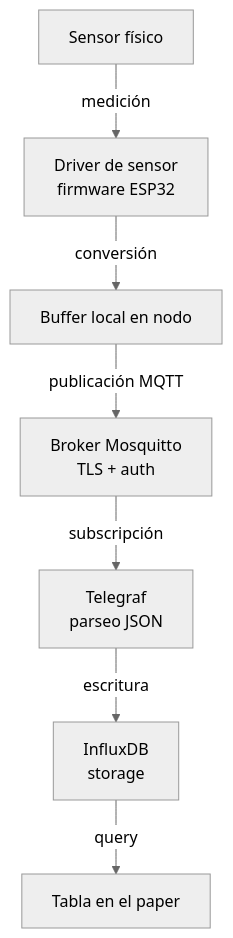
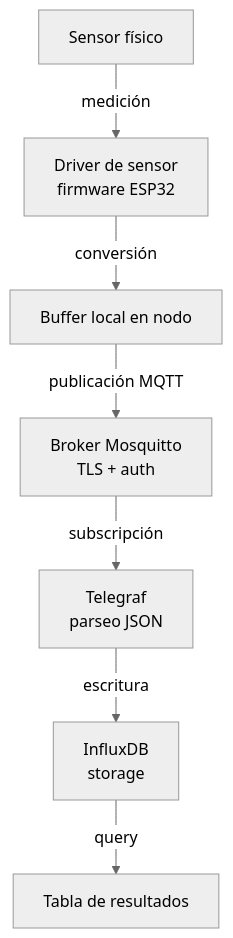
The diagram in content/investigacion/trazabilidad.md (KrappRamiro/FAK-docs), drawn with Mermaid (neutral theme) before and after one commit. The commit also changed other lines of this file and 10 other files, not shown here.

````diff
--- a/content/investigacion/trazabilidad.md
+++ b/content/investigacion/trazabilidad.md
@@ -53,9 +54,9 @@
 ```mermaid
 graph TD
     A[Sensor físico] -->|medición| B[Driver de sensor<br/>firmware ESP32]
     B -->|conversión| C[Buffer local en nodo]
     C -->|publicación MQTT| D[Broker Mosquitto<br/>TLS + auth]
     D -->|subscripción| E[Telegraf<br/>parseo JSON]
     E -->|escritura| F[InfluxDB<br/>storage]
-    F -->|query| G[Tabla en el paper]
+    F -->|query| G[Tabla de resultados]
 ```
````
